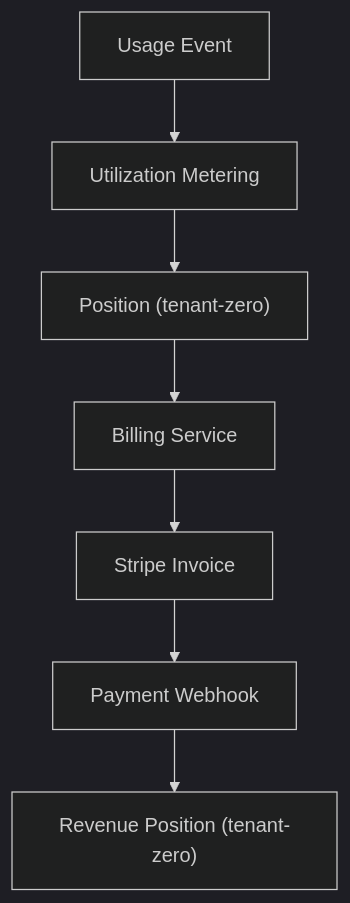
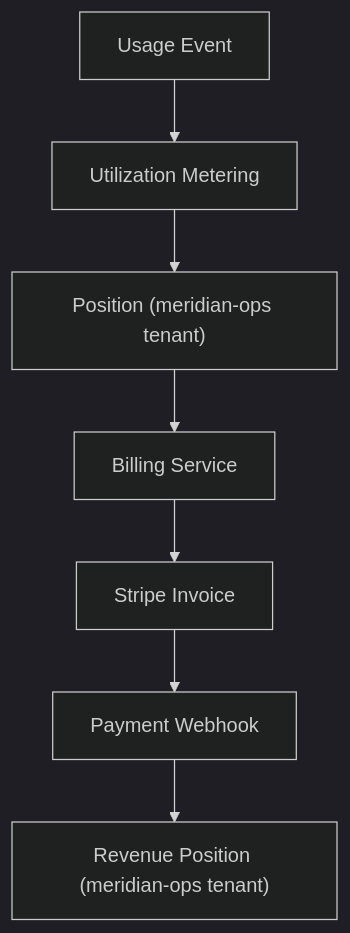
The ninth of 9 diagrams in docs/prd/control-plane.md (meridianhub/meridian), drawn with Mermaid (dark theme) before and after one commit. The commit also changed other lines of this file, not shown here.

````diff
--- a/docs/prd/control-plane.md
+++ b/docs/prd/control-plane.md
@@ -938,9 +991,9 @@
 ```mermaid
 flowchart TD
     A[Usage Event] --> B[Utilization Metering]
-    B --> C["Position (tenant-zero)"]
+    B --> C["Position (meridian-ops tenant)"]
     C --> D[Billing Service]
     D --> E[Stripe Invoice]
     E --> F[Payment Webhook]
-    F --> G["Revenue Position (tenant-zero)"]
+    F --> G["Revenue Position (meridian-ops tenant)"]
 ```
````
